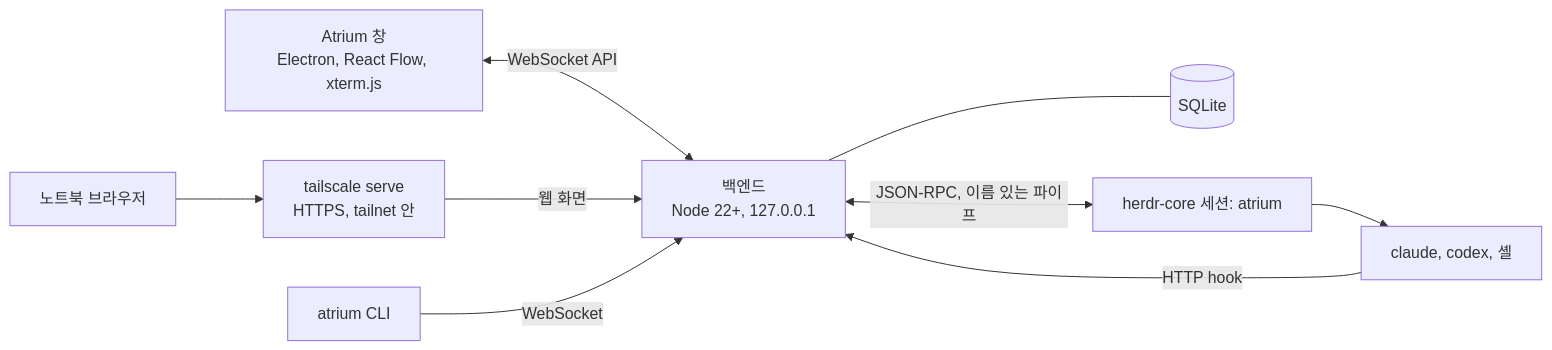
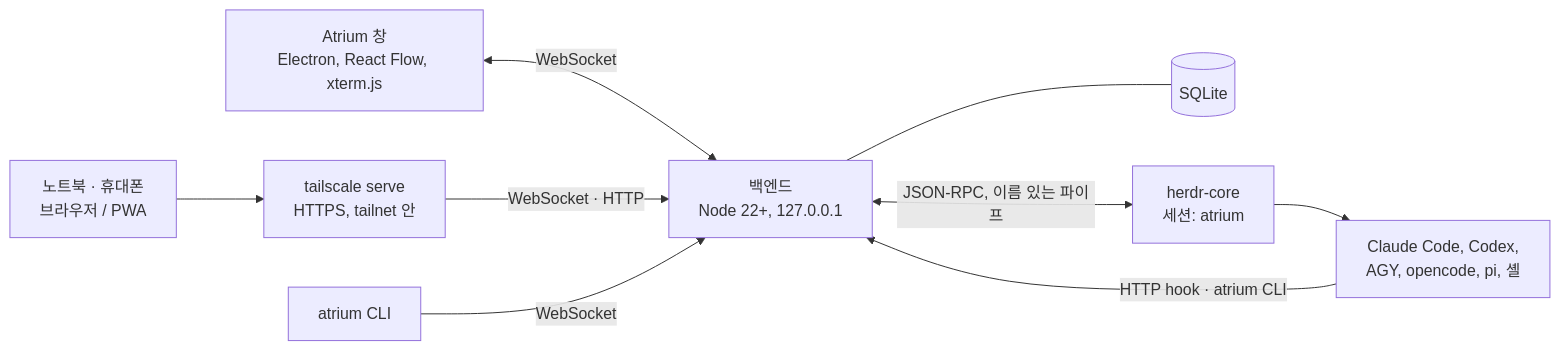
One commit to Gudals0320/atrium changed the diagram in README.ko.md. Above: the diagram before and after it, drawn with Mermaid. The commit also changed other lines of this file and 11 other files, not shown here.

````diff
--- a/README.ko.md
+++ b/README.ko.md
@@ -225,18 +209,18 @@
 ```mermaid
 flowchart LR
   UI["Atrium 창<br/>Electron, React Flow, xterm.js"]
-  WEB["노트북 브라우저"]
+  WEB["노트북 · 휴대폰<br/>브라우저 / PWA"]
   TS["tailscale serve<br/>HTTPS, tailnet 안"]
   CLI["atrium CLI"]
   B["백엔드<br/>Node 22+, 127.0.0.1"]
   DB[("SQLite")]
-  H["herdr-core 세션: atrium"]
-  A["claude, codex, 셸"]
-  UI <-->|WebSocket API| B
-  WEB --> TS -->|웹 화면| B
+  H["herdr-core<br/>세션: atrium"]
+  A["Claude Code, Codex,<br/>AGY, opencode, pi, 셸"]
+  UI <-->|WebSocket| B
+  WEB --> TS -->|WebSocket · HTTP| B
   CLI -->|WebSocket| B
   B <-->|JSON-RPC, 이름 있는 파이프| H
   H --> A
-  A -->|HTTP hook| B
+  A -->|HTTP hook · atrium CLI| B
   B --- DB
 ```
````
